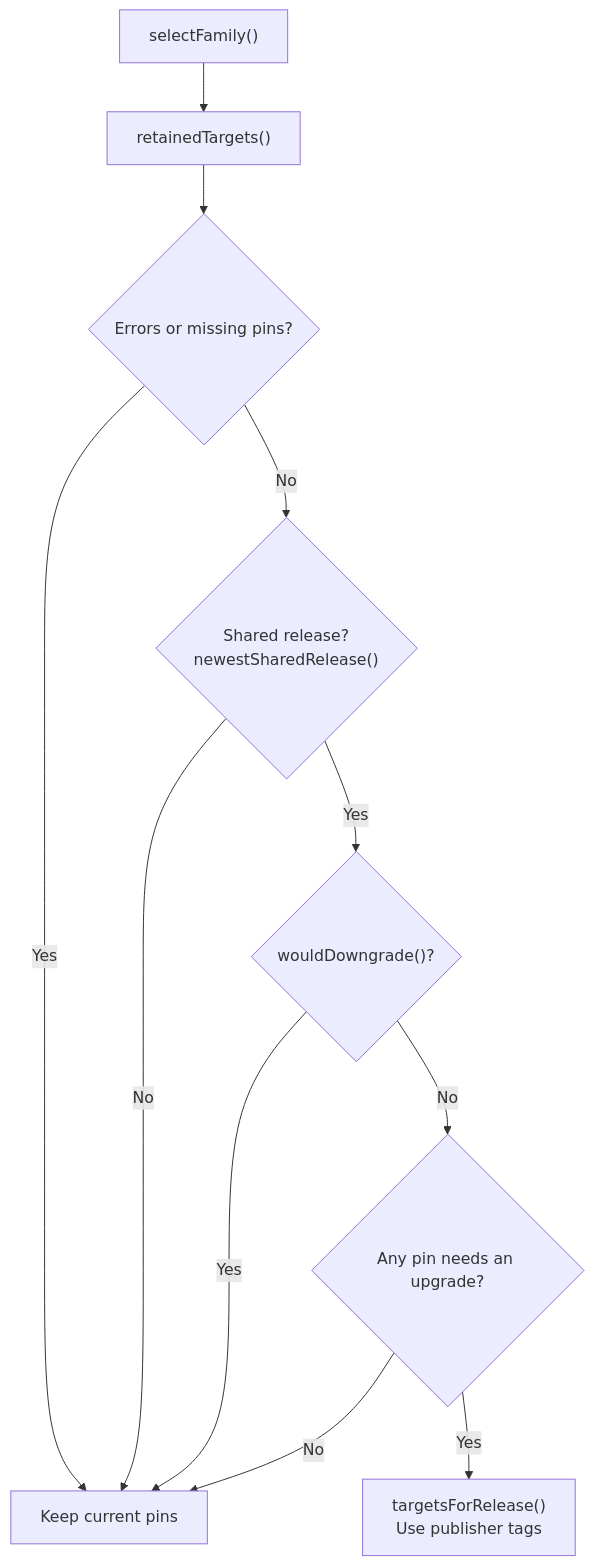
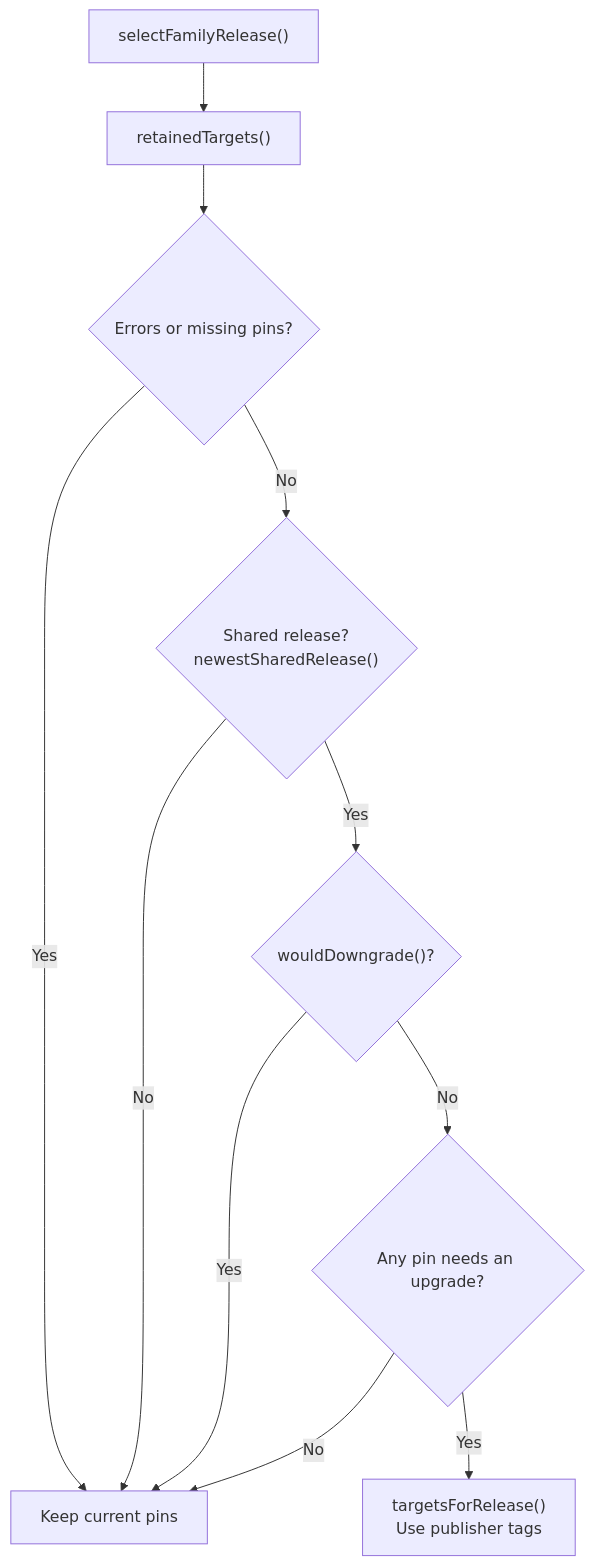
One commit to defenseunicorns/uds-core changed the third of 3 diagrams in scripts/renovate/README.md. Above: the diagram before and after it, drawn with Mermaid. The commit also changed other lines of this file and 11 other files, not shown here.

````diff
--- a/scripts/renovate/README.md
+++ b/scripts/renovate/README.md
@@ -87,13 +101,13 @@
 ```mermaid
 flowchart TD
-    select["selectFamily()"] --> retain["retainedTargets()"]
+    select["selectFamilyRelease()"] --> retain["retainedTargets()"]
     retain --> invalid{"Errors or missing pins?"}
     invalid -->|Yes| keep["Keep current pins"]
     invalid -->|No| shared{"Shared release?<br/>newestSharedRelease()"}
     shared -->|No| keep
     shared -->|Yes| downgrade{"wouldDowngrade()?"}
     downgrade -->|Yes| keep
     downgrade -->|No| upgrade{"Any pin needs an upgrade?"}
     upgrade -->|No| keep
     upgrade -->|Yes| targets["targetsForRelease()<br/>Use publisher tags"]
 ```
````
